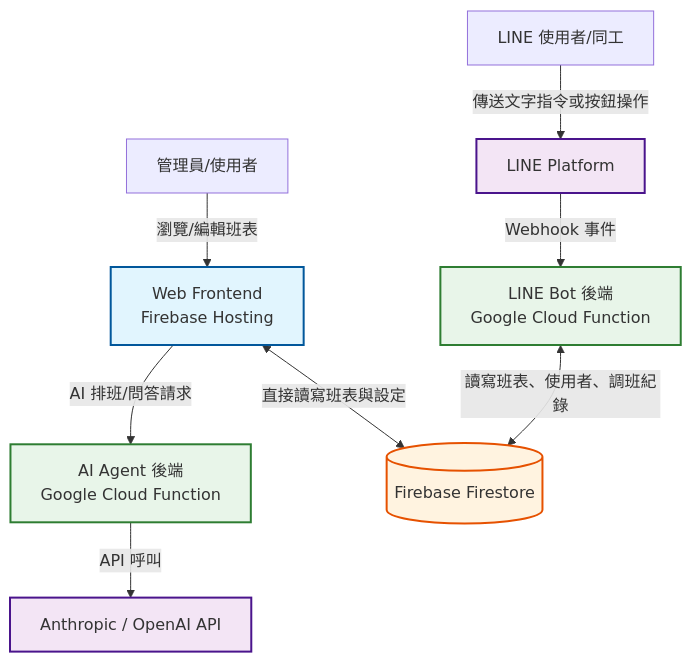
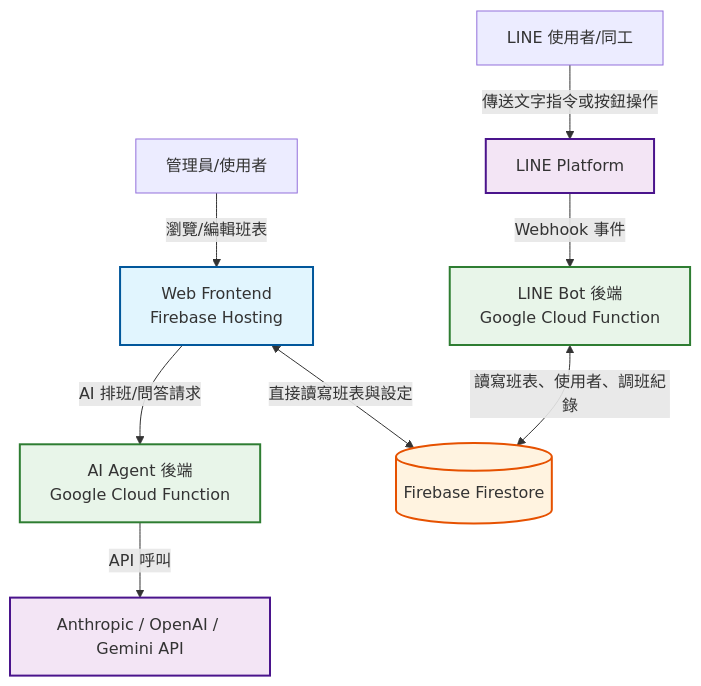
Before and after one commit to LouisChang0126/BOL-Line-Bot-3.0: the diagram in README.md, drawn with Mermaid. The commit also changed other lines of this file and 2 other files, not shown here.

Commit message:
feat: update README to include Gemini API support and refine currentSchedule structure in agent_schedule_GCF

````diff
--- a/README.md
+++ b/README.md
@@ -10,28 +10,28 @@
 ```mermaid
 graph TD
     %% 定義使用者與介面
     User[LINE 使用者/同工] -->|傳送文字指令或按鈕操作| LINE[LINE Platform]
     WebUser[管理員/使用者] -->|瀏覽/編輯班表| WebApp[Web Frontend<br/>Firebase Hosting]
 
     %% 定義後端服務
     LINE -->|Webhook 事件| LineBotGCF[LINE Bot 後端<br/>Google Cloud Function]
     WebApp -->|AI 排班/問答請求| AgentGCF[AI Agent 後端<br/>Google Cloud Function]
     
     %% AI 整合
-    AgentGCF -->|API 呼叫| LLM[Anthropic / OpenAI API]
+    AgentGCF -->|API 呼叫| LLM[Anthropic / OpenAI / Gemini API]
     
     %% 資料庫操作
     LineBotGCF <-->|讀寫班表、使用者、調班紀錄| Firestore[(Firebase Firestore)]
     WebApp <-->|直接讀寫班表與設定| Firestore
 
     %% 樣式設定
     classDef frontend fill:#e1f5fe,stroke:#01579b,stroke-width:2px;
     classDef backend fill:#e8f5e9,stroke:#2e7d32,stroke-width:2px;
     classDef database fill:#fff3e0,stroke:#e65100,stroke-width:2px;
     classDef external fill:#f3e5f5,stroke:#4a148c,stroke-width:2px;
     
     class WebApp frontend;
     class LineBotGCF,AgentGCF backend;
     class Firestore database;
     class LINE,LLM external;
 ```
````
